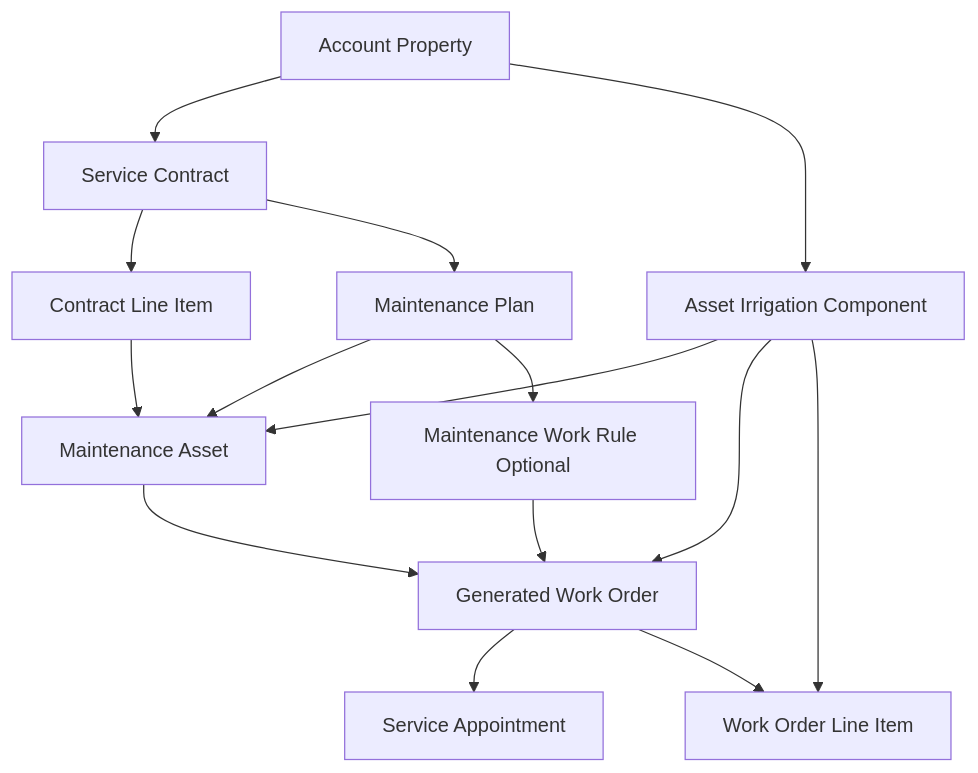
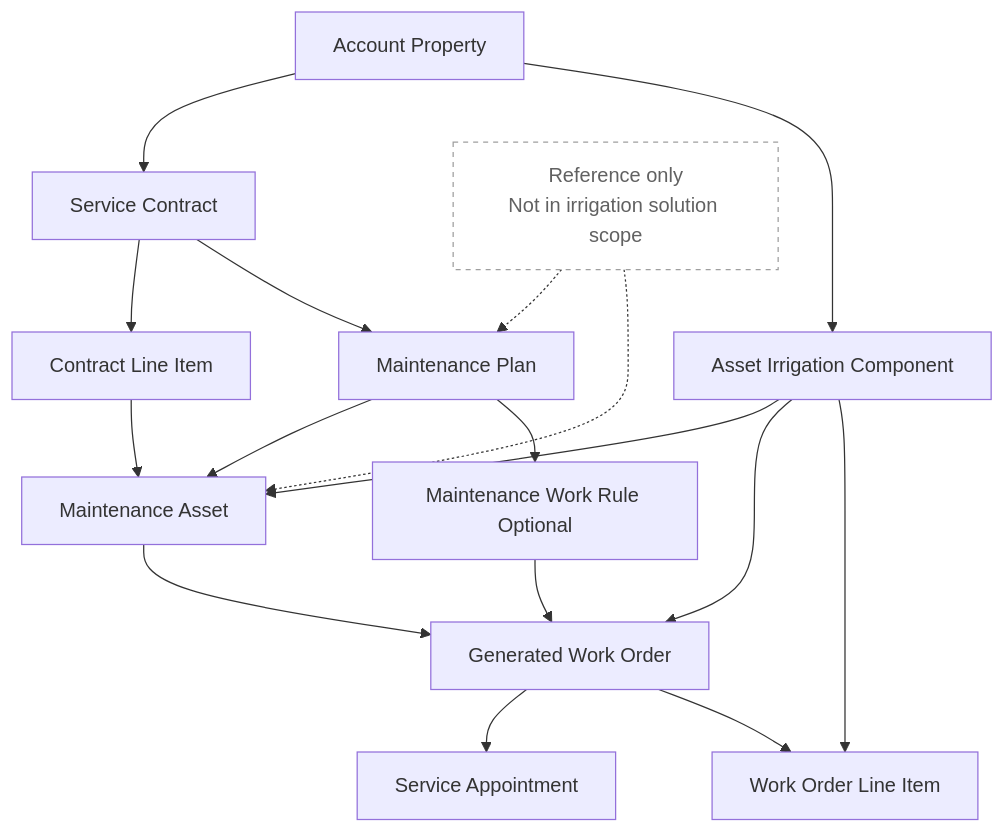
Before and after one commit to greg-e/irrigation: the diagram in research/fsm_preventive_maintenance_data_model.md, drawn with Mermaid. The commit also changed other lines of this file and 40 other files, not shown here.

Commit message:
Update irrigation requirements, research, and prototype flows

````diff
--- a/research/fsm_preventive_maintenance_data_model.md
+++ b/research/fsm_preventive_maintenance_data_model.md
@@ -3,17 +5,23 @@
 ```mermaid
 flowchart TD
     A[Account Property] --> SC[Service Contract]
     A --> AS[Asset Irrigation Component]
     SC --> CLI[Contract Line Item]
     SC --> MP[Maintenance Plan]
     MP --> MA[Maintenance Asset]
     AS --> MA
     CLI --> MA
     MP --> MWR[Maintenance Work Rule Optional]
     MA --> WO[Generated Work Order]
     MWR --> WO
     WO --> SA[Service Appointment]
     WO --> WOLI[Work Order Line Item]
     AS --> WO
     AS --> WOLI
+
+    NOTE[Reference only\nNot in irrigation solution scope]:::note
+    NOTE -.-> MP
+    NOTE -.-> MA
+
+    classDef note fill:#ffffff,stroke:#9e9e9e,stroke-dasharray: 4 4,color:#616161
 ```
````
